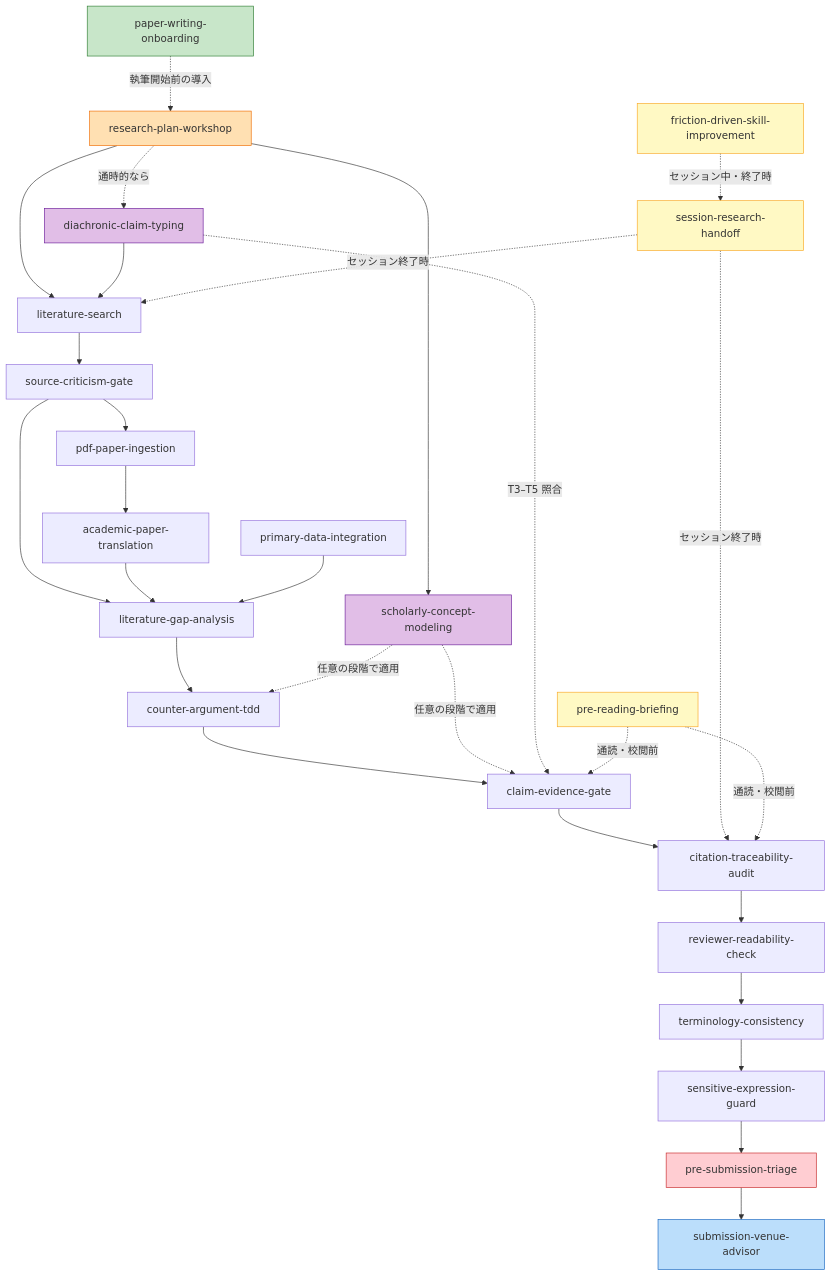
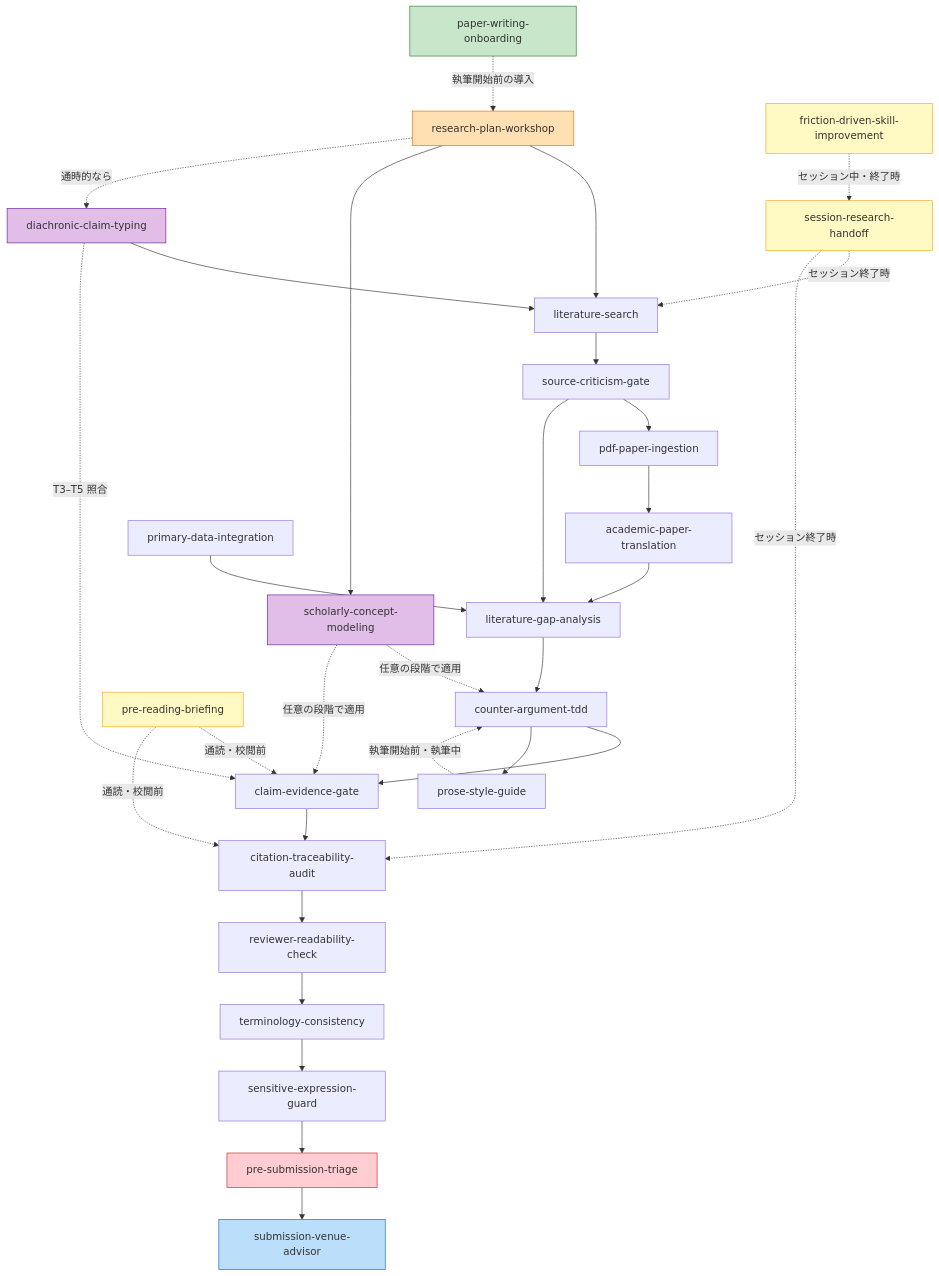
The diagram in skills/ja/README.md (hideshi/scholarly-agent-skills), drawn with Mermaid before and after one commit. The commit also changed other lines of this file and 3 other files, not shown here.

First line of the commit message:
査読者向け文体を執筆中に自律維持する prose-style-guide スキルを追加する

````diff
--- a/skills/ja/README.md
+++ b/skills/ja/README.md
@@ -40,41 +41,43 @@
 ```mermaid
 graph TD
     K[paper-writing-onboarding] -.->|執筆開始前の導入| RP
     RP[research-plan-workshop] --> A
     RP --> F
     RP -.->|通時的なら| DCT[diachronic-claim-typing]
     DCT --> A
     A[literature-search] --> SC[source-criticism-gate]
     SC --> B[pdf-paper-ingestion]
     B --> C[academic-paper-translation]
     SC --> E[literature-gap-analysis]
     C --> E
     D[primary-data-integration] --> E
     E --> G[counter-argument-tdd]
     G --> H[claim-evidence-gate]
     H --> I[citation-traceability-audit]
     I --> RR[reviewer-readability-check]
     RR --> TC[terminology-consistency]
     TC --> SE[sensitive-expression-guard]
     SE --> PT[pre-submission-triage]
     PT --> L[submission-venue-advisor]
+    G --> PS[prose-style-guide]
+    PS -.->|執筆開始前・執筆中| G
 
     F[scholarly-concept-modeling] -.->|任意の段階で適用| G
     F -.->|任意の段階で適用| H
     DCT -.->|T3–T5 照合| H
     J[session-research-handoff] -.->|セッション終了時| A
     J -.->|セッション終了時| I
     PR[pre-reading-briefing] -.->|通読・校閲前| H
     PR -.->|通読・校閲前| I
     FD[friction-driven-skill-improvement] -.->|セッション中・終了時| J
 
     style K fill:#c8e6c9,stroke:#2e7d32
     style RP fill:#ffe0b2,stroke:#ef6c00
     style F fill:#e1bee7,stroke:#6a1b9a
     style DCT fill:#e1bee7,stroke:#6a1b9a
     style J fill:#fff9c4,stroke:#f9a825
     style PR fill:#fff9c4,stroke:#f9a825
     style FD fill:#fff9c4,stroke:#f9a825
     style PT fill:#ffcdd2,stroke:#c62828
     style L fill:#bbdefb,stroke:#1565c0
 ```
````
